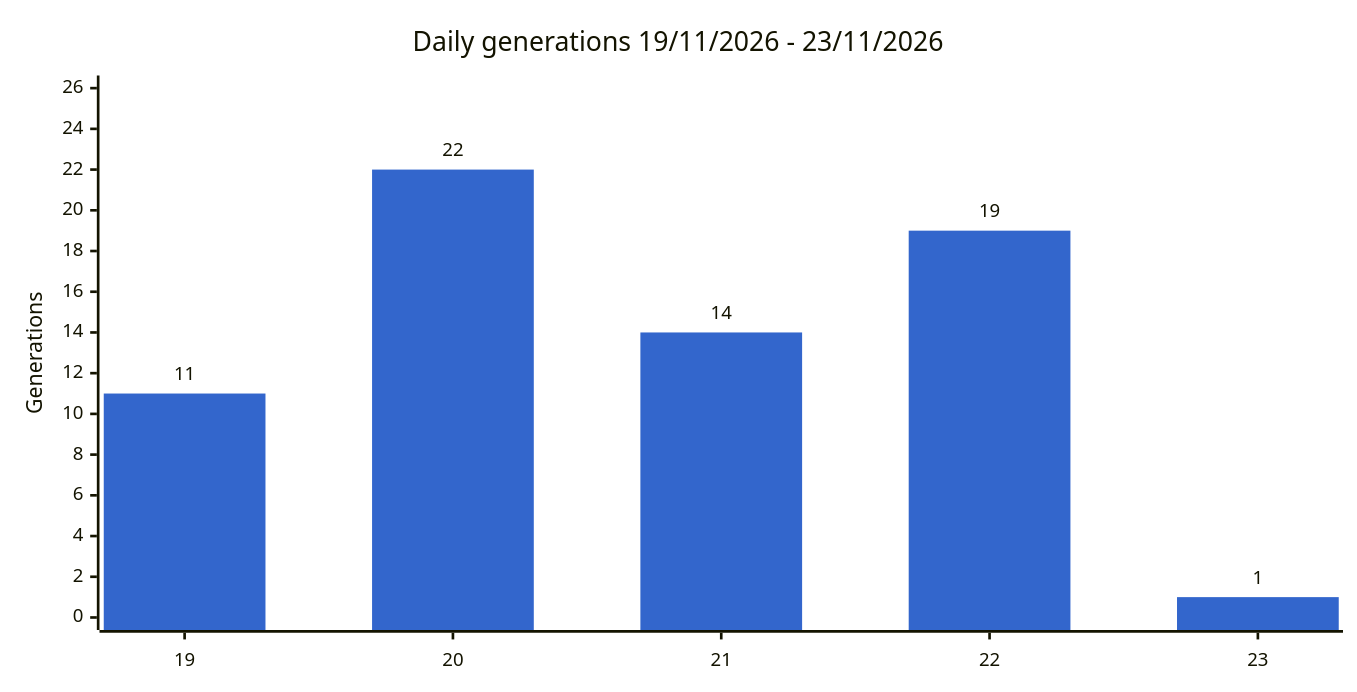
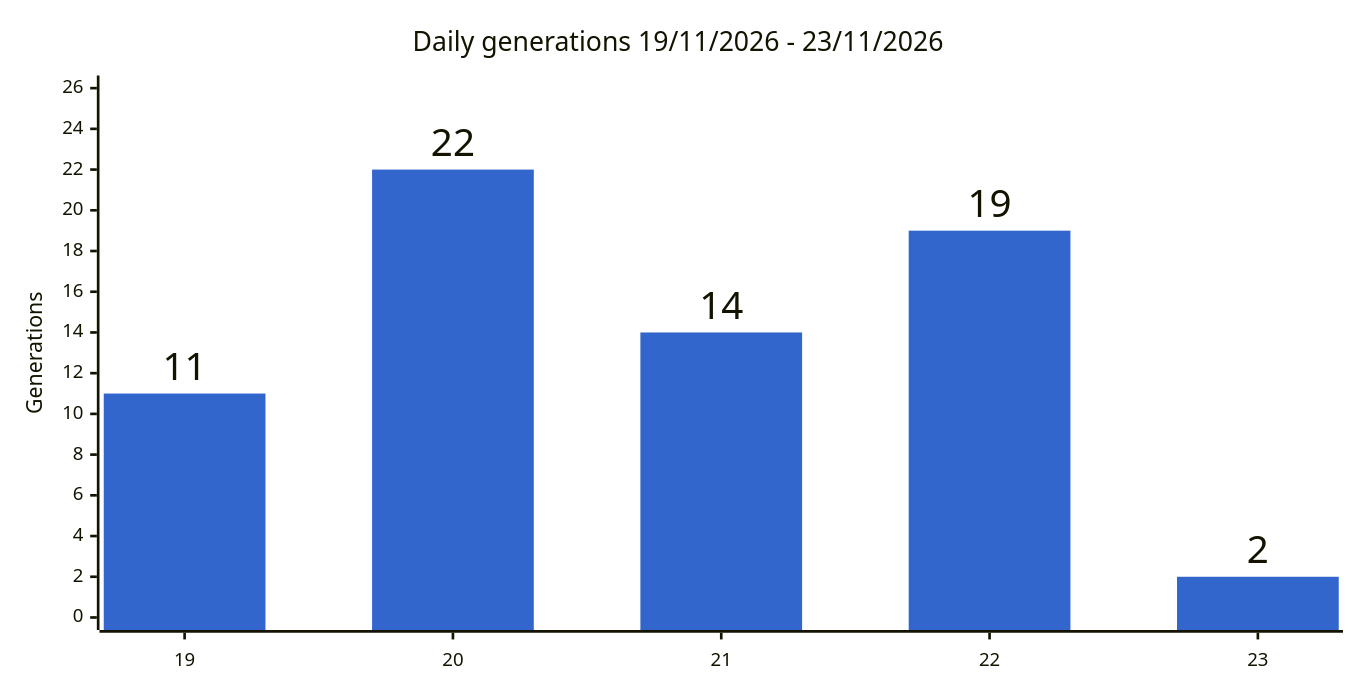
One commit to gmoulard/wikipedia2book changed the second of 4 diagrams in docs/stats.md. Above: the diagram before and after it, drawn with Mermaid. The commit also changed other lines of this file and 2 other files, not shown here.

````diff
--- a/docs/stats.md
+++ b/docs/stats.md
@@ -32,8 +32,8 @@
 ```mermaid
 %%{init: {"xyChart": {"width": 1000, "showDataLabel": true, "showDataLabelOutsideBar": true}, "themeVariables": {"xyChart": {"plotColorPalette": "#3366cc"}}}}%%
 xychart-beta
     title "Daily generations 19/11/2026 - 23/11/2026"
     x-axis ["19", "20", "21", "22", "23"]
     y-axis "Generations" 0 --> 26
-    bar [11, 22, 14, 19, 1]
+    bar [11, 22, 14, 19, 2]
 ```
````
